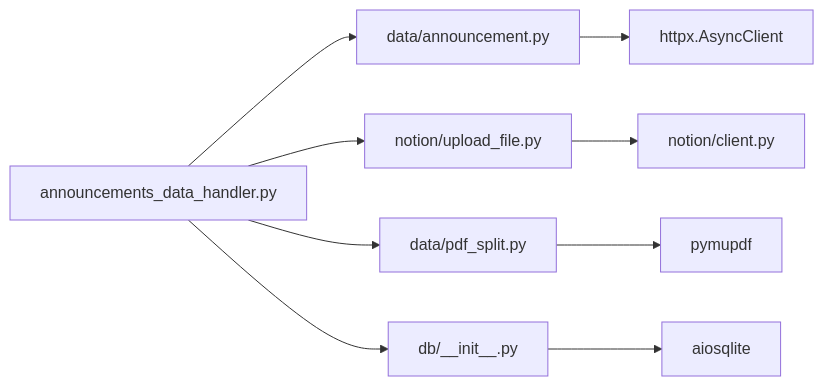
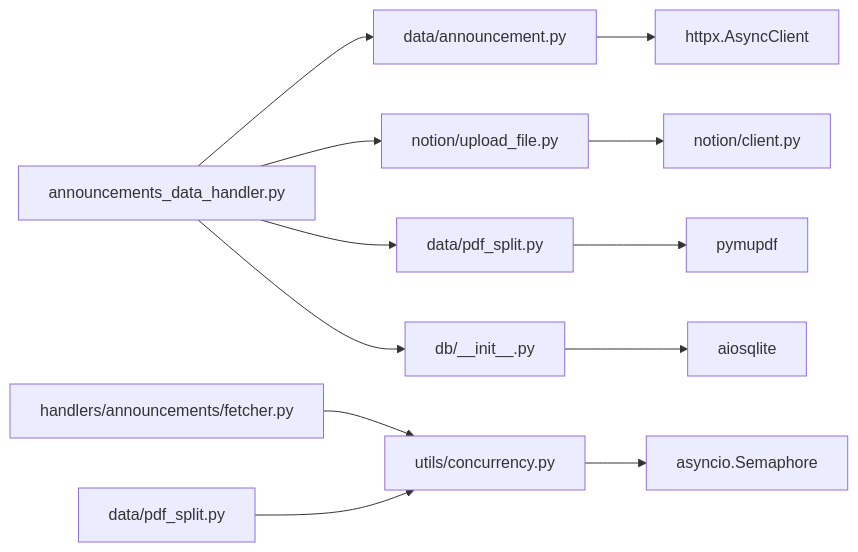
Before and after one commit to iverwong/DataLife: the tenth of 10 diagrams in .qoder/repowiki/zh/content/性能优化/并发处理优化.md, drawn with Mermaid. The commit also changed other lines of this file and 14 other files, not shown here.

````diff
--- a/.qoder/repowiki/zh/content/性能优化/并发处理优化.md
+++ b/.qoder/repowiki/zh/content/性能优化/并发处理优化.md
@@ -293,11 +380,14 @@
 ```mermaid
 graph LR
 ADH["announcements_data_handler.py"] --> ANN["data/announcement.py"]
 ADH --> UP["notion/upload_file.py"]
 ADH --> PDF["data/pdf_split.py"]
 ADH --> DB["db/__init__.py"]
 ANN --> HTTPX["httpx.AsyncClient"]
 UP --> NC["notion/client.py"]
 PDF --> PM["pymupdf"]
 DB --> ASQL["aiosqlite"]
+FETCHER["handlers/announcements/fetcher.py"] --> CONC["utils/concurrency.py"]
+PDF_SPLIT["data/pdf_split.py"] --> CONC
+CONC --> SEM["asyncio.Semaphore"]
 ```
````
